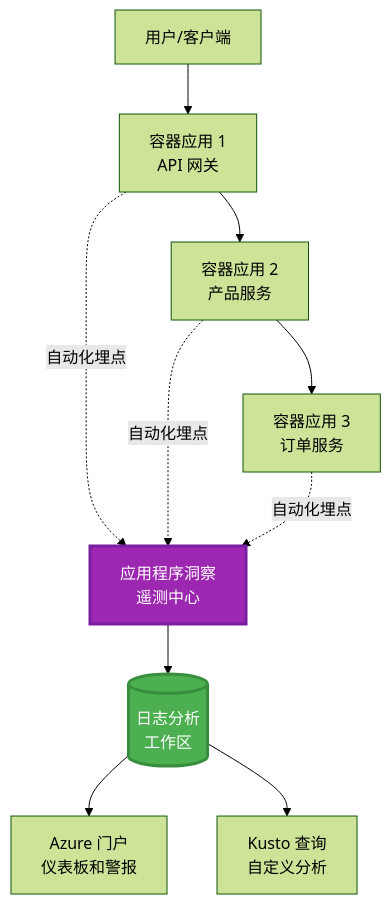
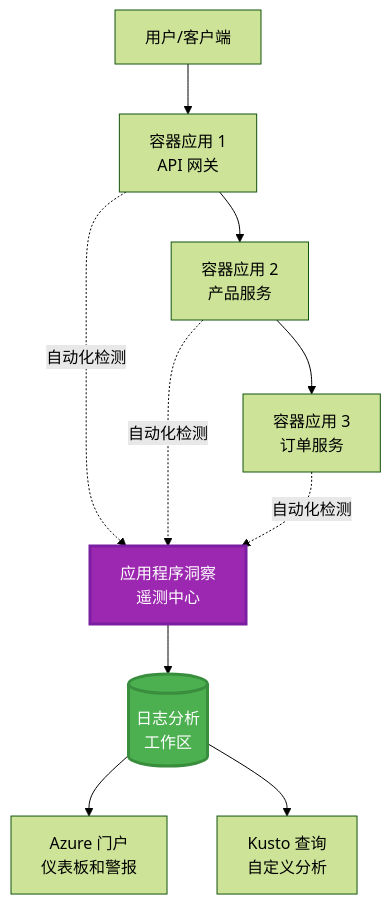
One commit to microsoft/AZD-for-beginners changed the first of 2 diagrams in translations/zh-CN/docs/chapter-06-pre-deployment/application-insights.md. Above: the diagram before and after it, drawn with Mermaid (forest theme). The commit also changed other lines of this file and 101 other files, not shown here.

````diff
--- a/translations/zh-CN/docs/chapter-06-pre-deployment/application-insights.md
+++ b/translations/zh-CN/docs/chapter-06-pre-deployment/application-insights.md
@@ -58,28 +58,28 @@
 ```mermaid
 graph TB
     User[用户/客户端]
     App1[容器应用 1<br/>API 网关]
     App2[容器应用 2<br/>产品服务]
     App3[容器应用 3<br/>订单服务]
     
     AppInsights[应用程序洞察<br/>遥测中心]
     LogAnalytics[(日志分析<br/>工作区)]
     
     Portal[Azure 门户<br/>仪表板和警报]
     Query[Kusto 查询<br/>自定义分析]
     
     User --> App1
     App1 --> App2
     App2 --> App3
     
-    App1 -.->|自动化埋点| AppInsights
-    App2 -.->|自动化埋点| AppInsights
-    App3 -.->|自动化埋点| AppInsights
+    App1 -.->|自动化检测| AppInsights
+    App2 -.->|自动化检测| AppInsights
+    App3 -.->|自动化检测| AppInsights
     
     AppInsights --> LogAnalytics
     LogAnalytics --> Portal
     LogAnalytics --> Query
     
     style AppInsights fill:#9C27B0,stroke:#7B1FA2,stroke-width:3px,color:#fff
     style LogAnalytics fill:#4CAF50,stroke:#388E3C,stroke-width:3px,color:#fff
 ```
````
